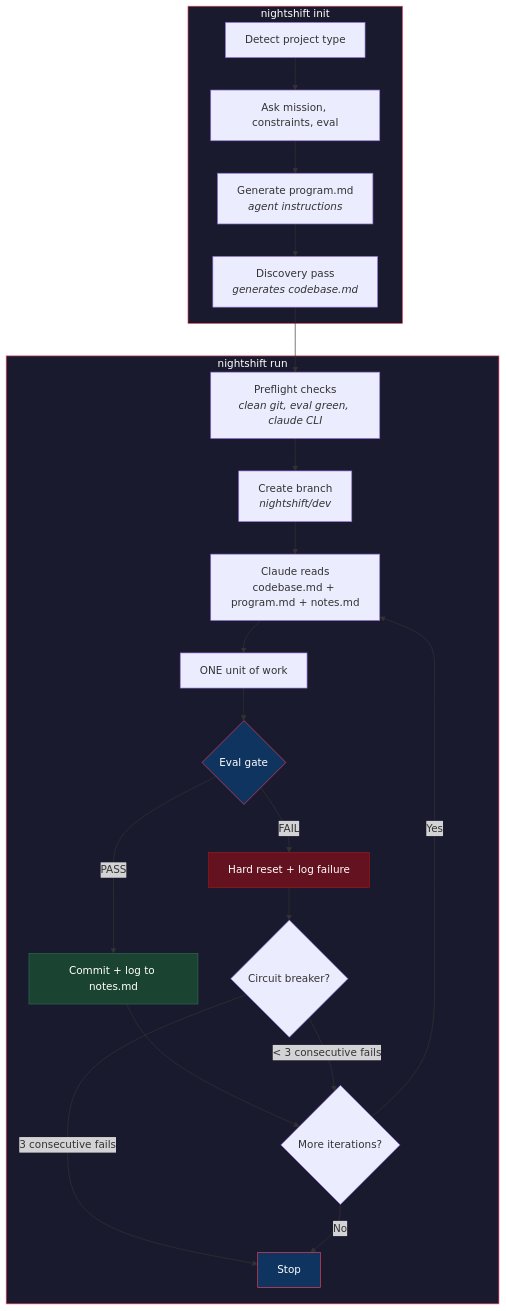
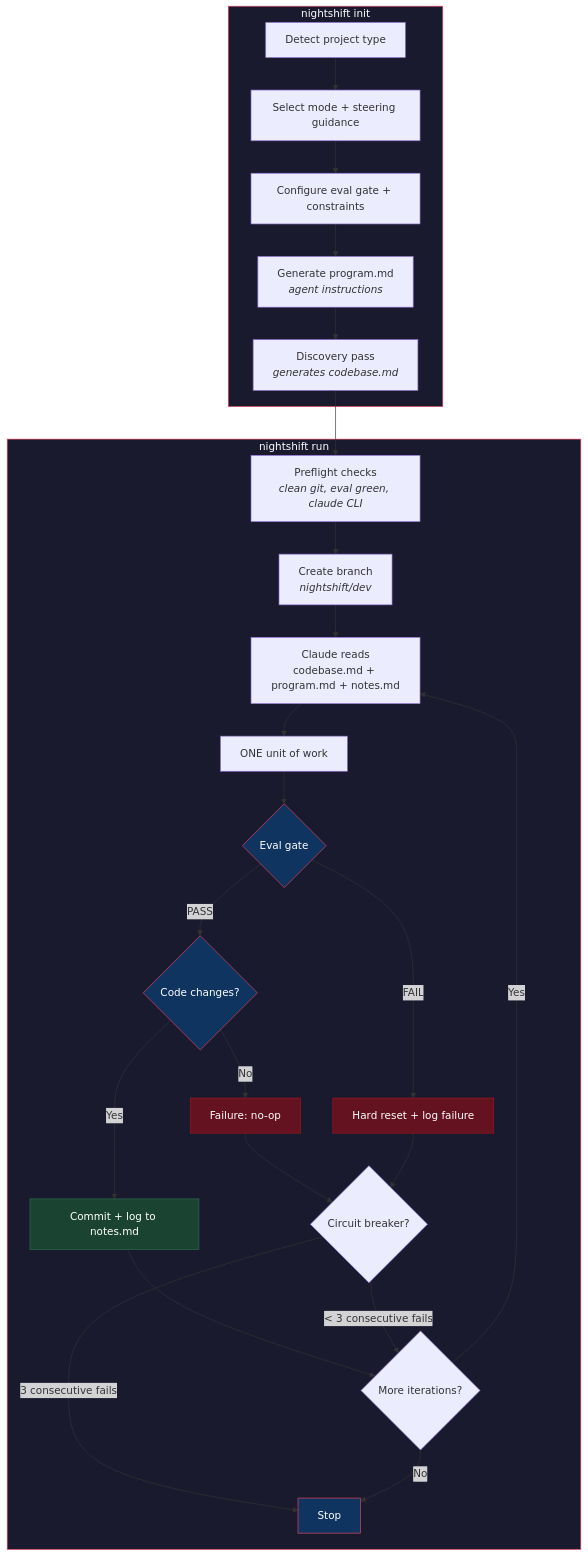
Before and after one commit to aster2709/nightshift: the diagram in README.md, drawn with Mermaid. The commit also changed other lines of this file, not shown here.

First line of the commit message:
Update README for v0.1.0: modes, self-directed agent, no-op failure

````diff
--- a/README.md
+++ b/README.md
@@ -27,32 +27,38 @@
 ```mermaid
 graph TD
     subgraph INIT ["nightshift init"]
-        A[Detect project type] --> B[Ask mission, constraints, eval]
-        B --> C[Generate program.md<br/><i>agent instructions</i>]
-        C --> D[Discovery pass<br/><i>generates codebase.md</i>]
+        A[Detect project type] --> B[Select mode + steering guidance]
+        B --> C[Configure eval gate + constraints]
+        C --> D[Generate program.md<br/><i>agent instructions</i>]
+        D --> E[Discovery pass<br/><i>generates codebase.md</i>]
     end
 
     subgraph RUN ["nightshift run"]
-        E[Preflight checks<br/><i>clean git, eval green, claude CLI</i>] --> F[Create branch<br/><i>nightshift/dev</i>]
-        F --> G[Claude reads<br/>codebase.md + program.md + notes.md]
-        G --> H[ONE unit of work]
-        H --> I{Eval gate}
-        I -->|PASS| J[Commit + log to notes.md]
-        I -->|FAIL| K[Hard reset + log failure]
-        J --> L{More iterations?}
-        K --> M{Circuit breaker?}
-        M -->|< 3 consecutive fails| L
-        M -->|3 consecutive fails| N[Stop]
-        L -->|Yes| G
-        L -->|No| N
+        F[Preflight checks<br/><i>clean git, eval green, claude CLI</i>] --> G[Create branch<br/><i>nightshift/dev</i>]
+        G --> H[Claude reads<br/>codebase.md + program.md + notes.md]
+        H --> I[ONE unit of work]
+        I --> J{Eval gate}
+        J -->|PASS| K{Code changes?}
+        K -->|Yes| L[Commit + log to notes.md]
+        K -->|No| M[Failure: no-op]
+        J -->|FAIL| N[Hard reset + log failure]
+        L --> O{More iterations?}
+        M --> P{Circuit breaker?}
+        N --> P
+        P -->|< 3 consecutive fails| O
+        P -->|3 consecutive fails| Q[Stop]
+        O -->|Yes| H
+        O -->|No| Q
     end
 
-    D --> E
+    E --> F
 
     style INIT fill:#1a1a2e,stroke:#e94560,color:#fff
     style RUN fill:#1a1a2e,stroke:#e94560,color:#fff
-    style I fill:#0f3460,stroke:#e94560,color:#fff
-    style J fill:#1b4332,stroke:#2d6a4f,color:#fff
-    style K fill:#641220,stroke:#a4161a,color:#fff
-    style N fill:#0f3460,stroke:#e94560,color:#fff
+    style J fill:#0f3460,stroke:#e94560,color:#fff
+    style K fill:#0f3460,stroke:#e94560,color:#fff
+    style L fill:#1b4332,stroke:#2d6a4f,color:#fff
+    style M fill:#641220,stroke:#a4161a,color:#fff
+    style N fill:#641220,stroke:#a4161a,color:#fff
+    style Q fill:#0f3460,stroke:#e94560,color:#fff
 ```
````
